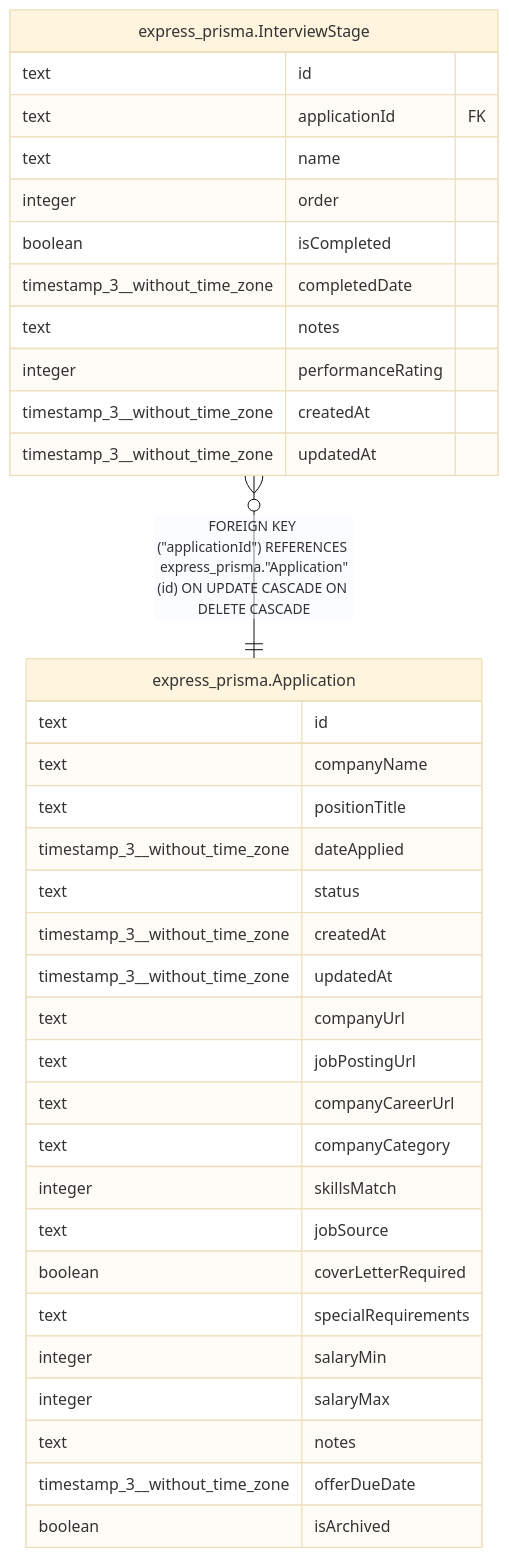
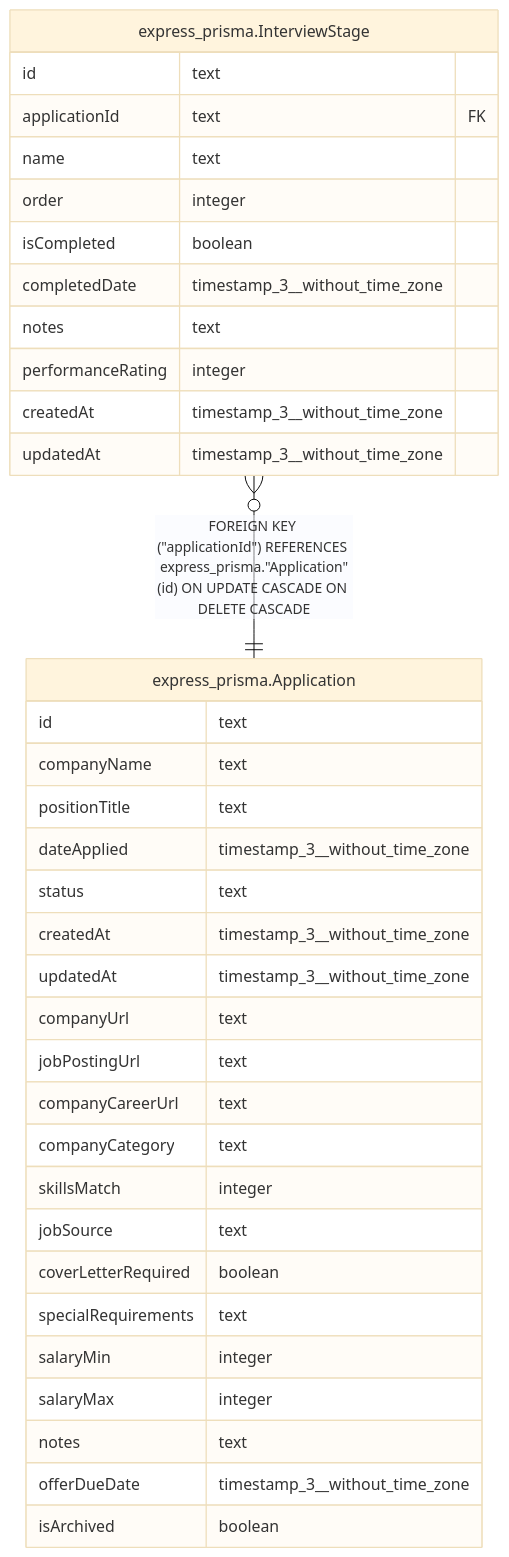
The diagram in docs/schema/express-prisma/express_prisma.InterviewStage.md (WhatIfWeDigDeeper/application-tracker), drawn with Mermaid (base theme) before and after one commit. The commit also changed 14 other files, not shown here.

First line of the commit message:
fix: swap column order in ERD diagrams to show name before type

````diff
--- a/docs/schema/express-prisma/express_prisma.InterviewStage.md
+++ b/docs/schema/express-prisma/express_prisma.InterviewStage.md
@@ -43,40 +43,40 @@
 ```mermaid
 erDiagram
 
 "express_prisma.InterviewStage" }o--|| "express_prisma.Application" : "FOREIGN KEY (#quot;applicationId#quot;) REFERENCES express_prisma.#quot;Application#quot;(id) ON UPDATE CASCADE ON DELETE CASCADE"
 
 "express_prisma.InterviewStage" {
-  text id
-  text applicationId FK
-  text name
-  integer order
-  boolean isCompleted
-  timestamp_3__without_time_zone completedDate
-  text notes
-  integer performanceRating
-  timestamp_3__without_time_zone createdAt
-  timestamp_3__without_time_zone updatedAt
+  id text
+  applicationId text FK
+  name text
+  order integer
+  isCompleted boolean
+  completedDate timestamp_3__without_time_zone
+  notes text
+  performanceRating integer
+  createdAt timestamp_3__without_time_zone
+  updatedAt timestamp_3__without_time_zone
 }
 "express_prisma.Application" {
-  text id
-  text companyName
-  text positionTitle
-  timestamp_3__without_time_zone dateApplied
-  text status
-  timestamp_3__without_time_zone createdAt
-  timestamp_3__without_time_zone updatedAt
-  text companyUrl
-  text jobPostingUrl
-  text companyCareerUrl
-  text companyCategory
-  integer skillsMatch
-  text jobSource
-  boolean coverLetterRequired
-  text specialRequirements
-  integer salaryMin
-  integer salaryMax
-  text notes
-  timestamp_3__without_time_zone offerDueDate
-  boolean isArchived
+  id text
+  companyName text
+  positionTitle text
+  dateApplied timestamp_3__without_time_zone
+  status text
+  createdAt timestamp_3__without_time_zone
+  updatedAt timestamp_3__without_time_zone
+  companyUrl text
+  jobPostingUrl text
+  companyCareerUrl text
+  companyCategory text
+  skillsMatch integer
+  jobSource text
+  coverLetterRequired boolean
+  specialRequirements text
+  salaryMin integer
+  salaryMax integer
+  notes text
+  offerDueDate timestamp_3__without_time_zone
+  isArchived boolean
 }
 ```
````
